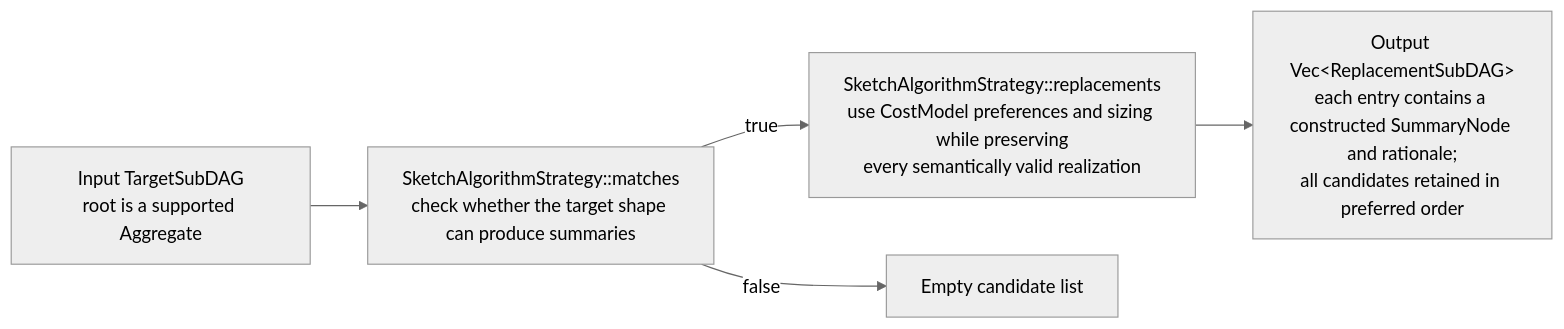
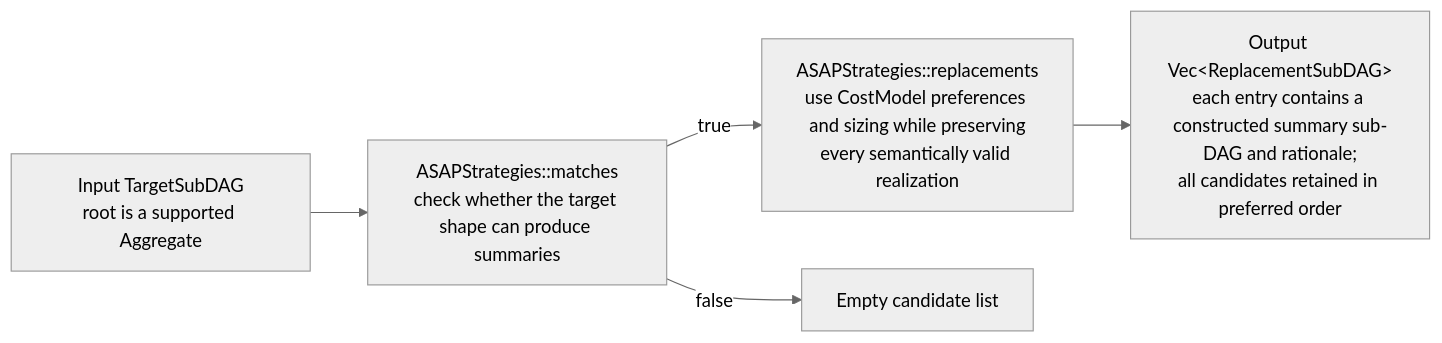
Before and after one commit to ProjectASAP/ASAPPlanner: the first of 4 diagrams in docs/develop_docs/extend-asap-aware-mapping.md, drawn with Mermaid (neutral theme). The commit also changed other lines of this file and 72 other files, not shown here.

````diff
--- a/docs/develop_docs/extend-asap-aware-mapping.md
+++ b/docs/develop_docs/extend-asap-aware-mapping.md
@@ -255,7 +252,7 @@
 ```mermaid
 flowchart LR
-  A["Input TargetSubDAG<br/>root is a supported Aggregate"] --> B["SketchAlgorithmStrategy::matches<br/>check whether the target shape can produce summaries"]
-  B -->|"true"| C["SketchAlgorithmStrategy::replacements<br/>use CostModel preferences and sizing while preserving<br/>every semantically valid realization"]
+  A["Input TargetSubDAG<br/>root is a supported Aggregate"] --> B["ASAPStrategies::matches<br/>check whether the target shape can produce summaries"]
+  B -->|"true"| C["ASAPStrategies::replacements<br/>use CostModel preferences and sizing while preserving<br/>every semantically valid realization"]
   B -->|"false"| NONE["Empty candidate list"]
-  C --> F["Output Vec&lt;ReplacementSubDAG&gt;<br/>each entry contains a constructed SummaryNode and rationale;<br/>all candidates retained in preferred order"]
+  C --> F["Output Vec&lt;ReplacementSubDAG&gt;<br/>each entry contains a constructed summary sub-DAG and rationale;<br/>all candidates retained in preferred order"]
 ```
````
